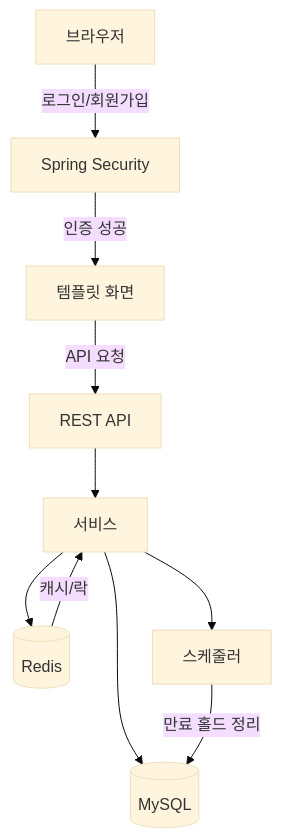
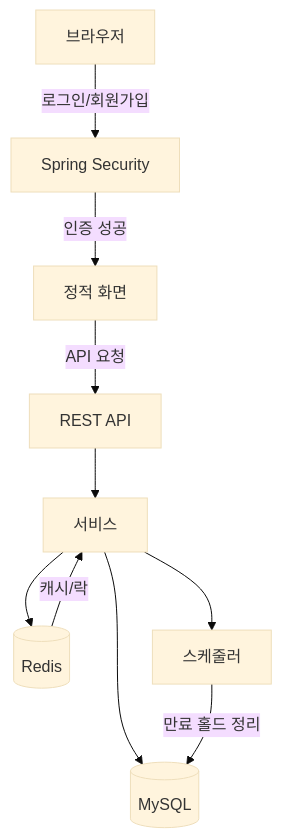
One commit to kiy3035/Ticketing changed the first of 3 diagrams in README.md. Above: the diagram before and after it, drawn with Mermaid (base theme). The commit also changed other lines of this file and 23 other files, not shown here.

````diff
--- a/README.md
+++ b/README.md
@@ -7,12 +7,12 @@
 ```mermaid
 flowchart TD
     A[브라우저] -->|로그인/회원가입| B[Spring Security]
-    B -->|인증 성공| C[템플릿 화면]
+    B -->|인증 성공| C[정적 화면]
     C -->|API 요청| D[REST API]
     D --> E[서비스]
     E --> F[(MySQL)]
     E --> G[(Redis)]
     G -->|캐시/락| E
     E --> H[스케줄러]
     H -->|만료 홀드 정리| F
 ```
````
